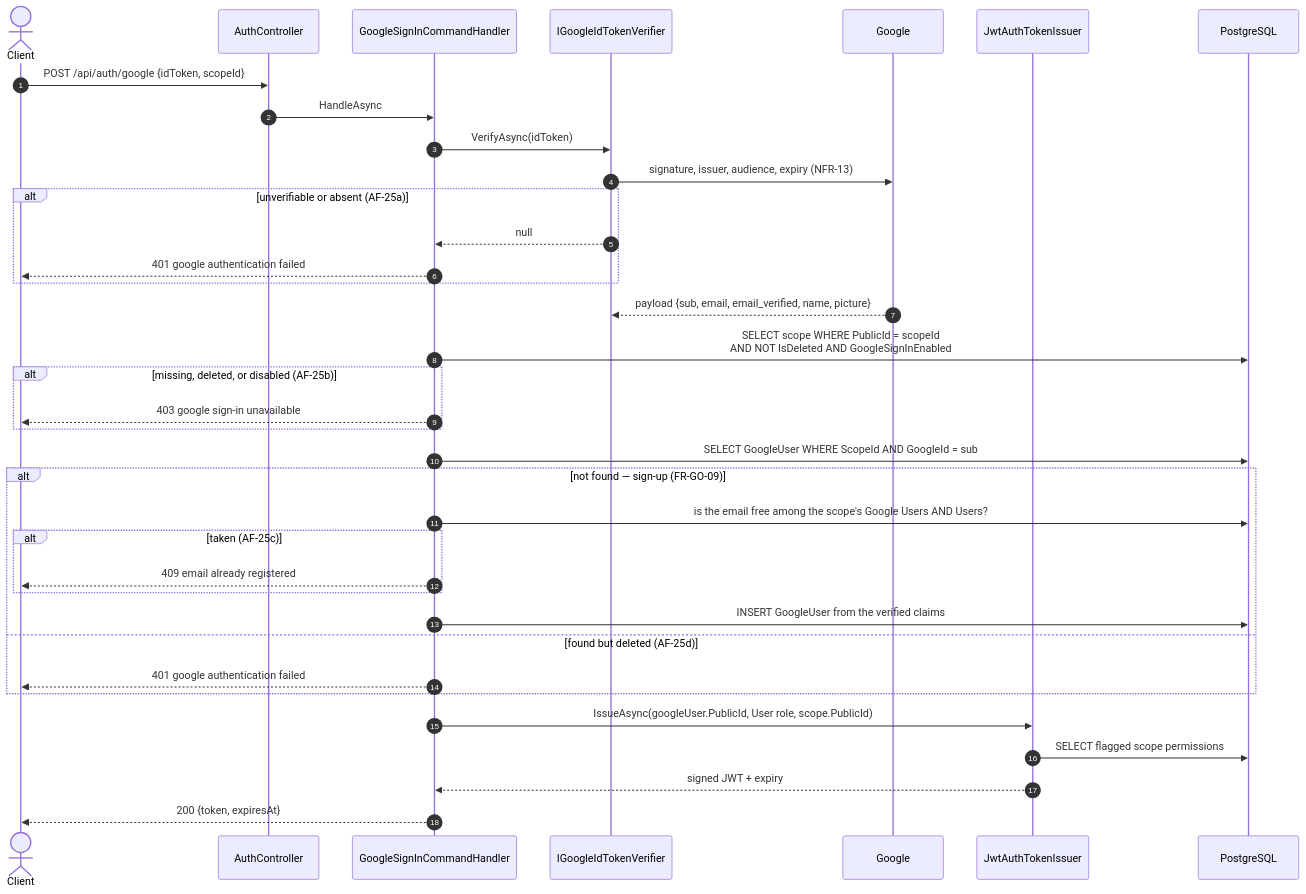
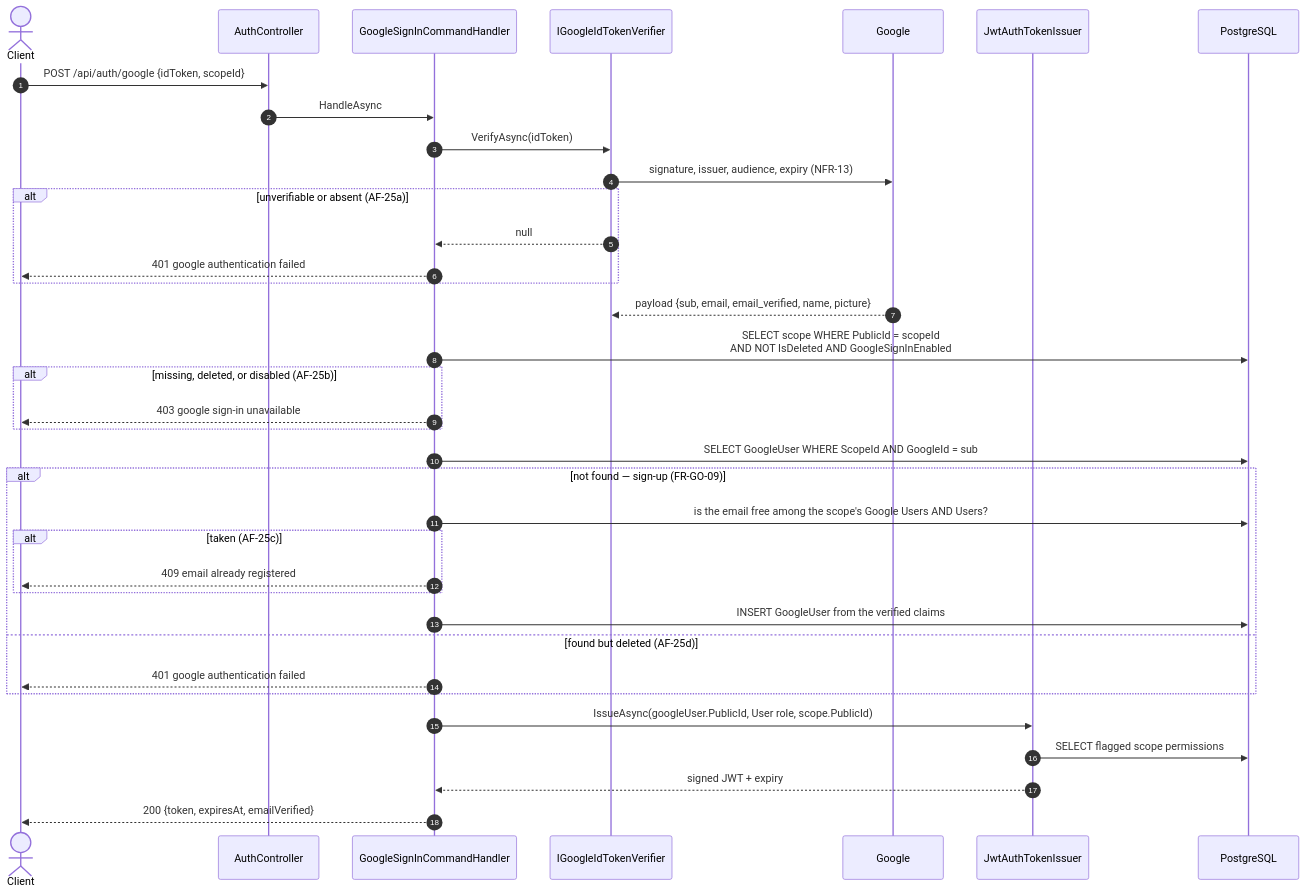
Before and after one commit to artur-rios/heimdall-api: the second of 2 diagrams in docs/content/en/docs/flows/google-sign-in.md, drawn with Mermaid. The commit also changed 6 other files, not shown here.

````diff
--- a/docs/content/en/docs/flows/google-sign-in.md
+++ b/docs/content/en/docs/flows/google-sign-in.md
@@ -33,43 +33,43 @@
 ```mermaid
 sequenceDiagram
     autonumber
     actor C as Client
     participant AC as AuthController
     participant H as GoogleSignInCommandHandler
     participant GV as IGoogleIdTokenVerifier
     participant G as Google
     participant TI as JwtAuthTokenIssuer
     participant DB as PostgreSQL
 
     C->>AC: POST /api/auth/google {idToken, scopeId}
     AC->>H: HandleAsync
 
     H->>GV: VerifyAsync(idToken)
     GV->>G: signature, issuer, audience, expiry (NFR-13)
     alt unverifiable or absent (AF-25a)
         GV-->>H: null
         H-->>C: 401 google authentication failed
     end
     G-->>GV: payload {sub, email, email_verified, name, picture}
 
     H->>DB: SELECT scope WHERE PublicId = scopeId<br/>AND NOT IsDeleted AND GoogleSignInEnabled
     alt missing, deleted, or disabled (AF-25b)
         H-->>C: 403 google sign-in unavailable
     end
 
     H->>DB: SELECT GoogleUser WHERE ScopeId AND GoogleId = sub
     alt not found — sign-up (FR-GO-09)
         H->>DB: is the email free among the scope's Google Users AND Users?
         alt taken (AF-25c)
             H-->>C: 409 email already registered
         end
         H->>DB: INSERT GoogleUser from the verified claims
     else found but deleted (AF-25d)
         H-->>C: 401 google authentication failed
     end
 
     H->>TI: IssueAsync(googleUser.PublicId, User role, scope.PublicId)
     TI->>DB: SELECT flagged scope permissions
     TI-->>H: signed JWT + expiry
-    H-->>C: 200 {token, expiresAt}
+    H-->>C: 200 {token, expiresAt, emailVerified}
 ```
````
